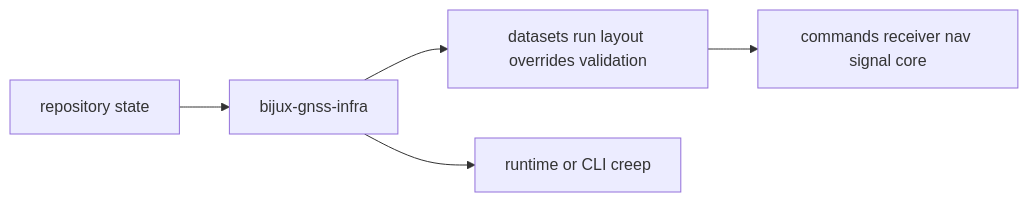
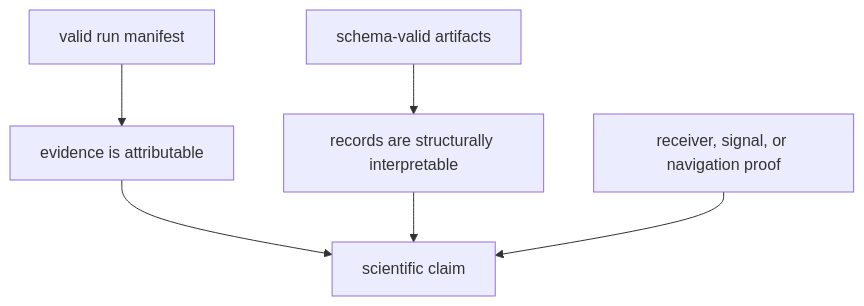
One commit to bijux/bijux-telecom changed the second of 2 diagrams in docs/03-bijux-gnss-infra/foundation/index.md. Above: the diagram before and after it, drawn with Mermaid. The commit also changed other lines of this file, not shown here.

Commit message:
docs(infra): guide repository evidence readers

````diff
--- a/docs/03-bijux-gnss-infra/foundation/index.md
+++ b/docs/03-bijux-gnss-infra/foundation/index.md
@@ -18,11 +65,15 @@
 ```mermaid
-flowchart LR
-    repo["repository state"]
-    infra["bijux-gnss-infra"]
-    contracts["datasets run layout overrides validation"]
-    downstream["commands receiver nav signal core"]
-    drift["runtime or CLI creep"]
+flowchart TD
+    manifest["valid run manifest"]
+    attributable["evidence is attributable"]
+    artifacts["schema-valid artifacts"]
+    interpretable["records are structurally interpretable"]
+    science["scientific claim"]
+    owner["receiver, signal, or navigation proof"]
 
-    repo --> infra --> contracts --> downstream
-    infra --> drift
+    manifest --> attributable
+    artifacts --> interpretable
+    attributable --> science
+    interpretable --> science
+    owner --> science
 ```
````
